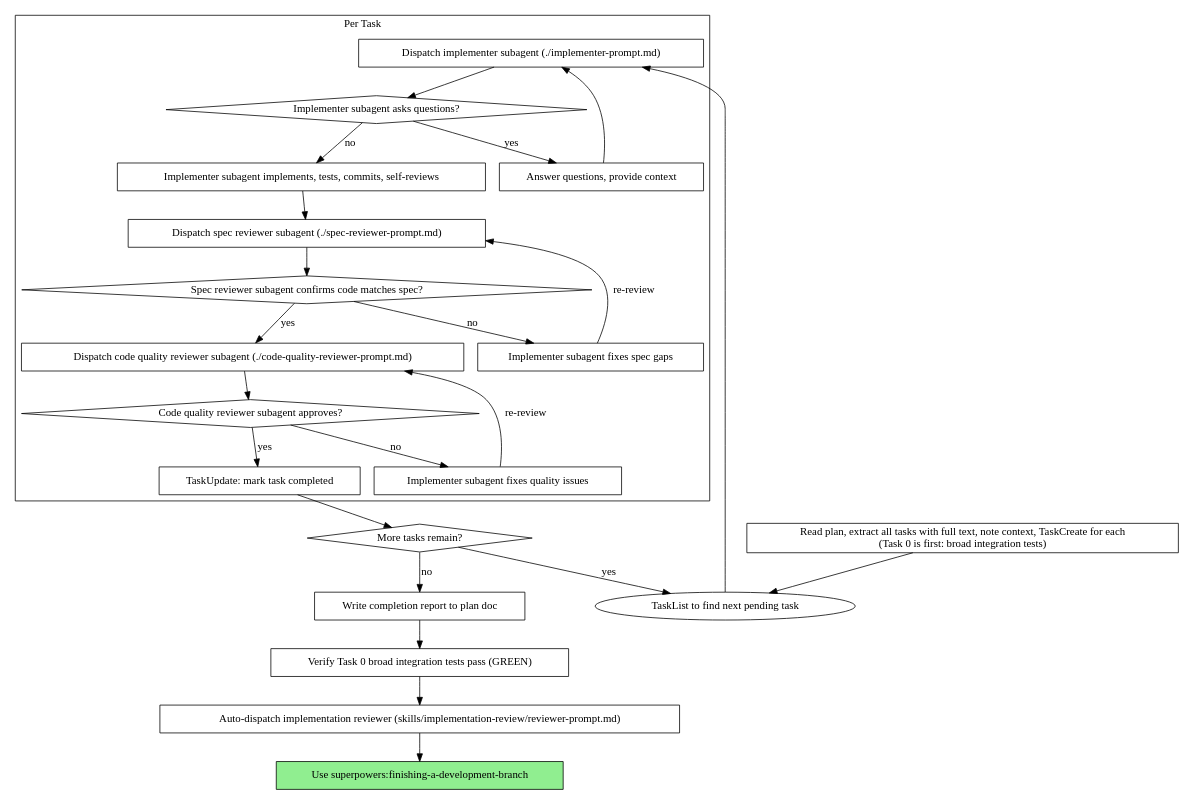
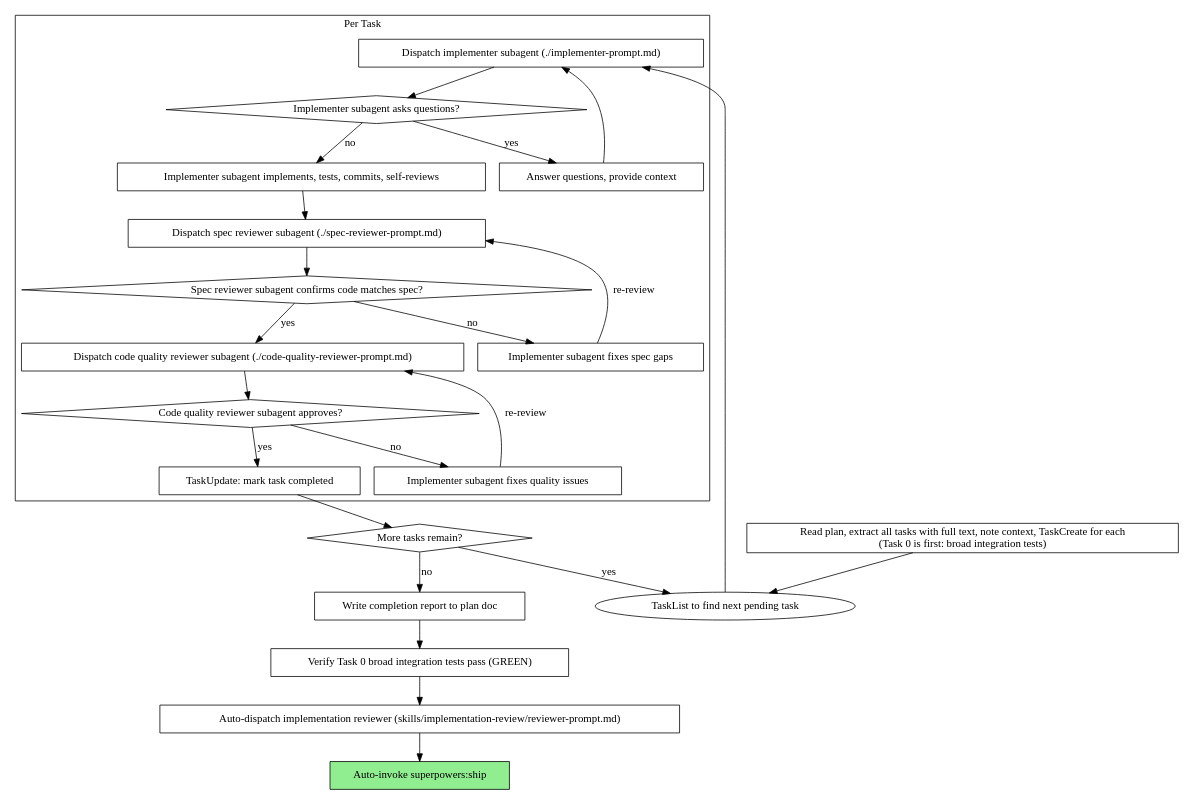
Before and after one commit to nikhilsitaram/claude-caliper: the second of 2 diagrams in skills/subagent-driven-development/SKILL.md, drawn with Graphviz. The commit also changed other lines of this file and 7 other files, not shown here.

First line of the commit message:
feat(skills): add ship/merge-pr, retire finishing-a-development-branch (#25)

````diff
--- a/skills/subagent-driven-development/SKILL.md
+++ b/skills/subagent-driven-development/SKILL.md
@@ -30,49 +30,49 @@
 ```dot
 digraph process {
     rankdir=TB;
 
     subgraph cluster_per_task {
         label="Per Task";
         "Dispatch implementer subagent (./implementer-prompt.md)" [shape=box];
         "Implementer subagent asks questions?" [shape=diamond];
         "Answer questions, provide context" [shape=box];
         "Implementer subagent implements, tests, commits, self-reviews" [shape=box];
         "Dispatch spec reviewer subagent (./spec-reviewer-prompt.md)" [shape=box];
         "Spec reviewer subagent confirms code matches spec?" [shape=diamond];
         "Implementer subagent fixes spec gaps" [shape=box];
         "Dispatch code quality reviewer subagent (./code-quality-reviewer-prompt.md)" [shape=box];
         "Code quality reviewer subagent approves?" [shape=diamond];
         "Implementer subagent fixes quality issues" [shape=box];
         "TaskUpdate: mark task completed" [shape=box];
     }
 
     "Read plan, extract all tasks with full text, note context, TaskCreate for each\n(Task 0 is first: broad integration tests)" [shape=box];
     "More tasks remain?" [shape=diamond];
     "Verify Task 0 broad integration tests pass (GREEN)" [shape=box];
     "Auto-dispatch implementation reviewer (skills/implementation-review/reviewer-prompt.md)" [shape=box];
-    "Use superpowers:finishing-a-development-branch" [shape=box style=filled fillcolor=lightgreen];
+    "Auto-invoke superpowers:ship" [shape=box style=filled fillcolor=lightgreen];
 
     "Read plan, extract all tasks with full text, note context, TaskCreate for each\n(Task 0 is first: broad integration tests)" -> "TaskList to find next pending task";
     "TaskList to find next pending task" -> "Dispatch implementer subagent (./implementer-prompt.md)";
     "Dispatch implementer subagent (./implementer-prompt.md)" -> "Implementer subagent asks questions?";
     "Implementer subagent asks questions?" -> "Answer questions, provide context" [label="yes"];
     "Answer questions, provide context" -> "Dispatch implementer subagent (./implementer-prompt.md)";
     "Implementer subagent asks questions?" -> "Implementer subagent implements, tests, commits, self-reviews" [label="no"];
     "Implementer subagent implements, tests, commits, self-reviews" -> "Dispatch spec reviewer subagent (./spec-reviewer-prompt.md)";
     "Dispatch spec reviewer subagent (./spec-reviewer-prompt.md)" -> "Spec reviewer subagent confirms code matches spec?";
     "Spec reviewer subagent confirms code matches spec?" -> "Implementer subagent fixes spec gaps" [label="no"];
     "Implementer subagent fixes spec gaps" -> "Dispatch spec reviewer subagent (./spec-reviewer-prompt.md)" [label="re-review"];
     "Spec reviewer subagent confirms code matches spec?" -> "Dispatch code quality reviewer subagent (./code-quality-reviewer-prompt.md)" [label="yes"];
     "Dispatch code quality reviewer subagent (./code-quality-reviewer-prompt.md)" -> "Code quality reviewer subagent approves?";
     "Code quality reviewer subagent approves?" -> "Implementer subagent fixes quality issues" [label="no"];
     "Implementer subagent fixes quality issues" -> "Dispatch code quality reviewer subagent (./code-quality-reviewer-prompt.md)" [label="re-review"];
     "Code quality reviewer subagent approves?" -> "TaskUpdate: mark task completed" [label="yes"];
     "TaskUpdate: mark task completed" -> "More tasks remain?";
     "More tasks remain?" -> "TaskList to find next pending task" [label="yes"];
     "Write completion report to plan doc" [shape=box];
     "More tasks remain?" -> "Write completion report to plan doc" [label="no"];
     "Write completion report to plan doc" -> "Verify Task 0 broad integration tests pass (GREEN)";
     "Verify Task 0 broad integration tests pass (GREEN)" -> "Auto-dispatch implementation reviewer (skills/implementation-review/reviewer-prompt.md)";
-    "Auto-dispatch implementation reviewer (skills/implementation-review/reviewer-prompt.md)" -> "Use superpowers:finishing-a-development-branch";
+    "Auto-dispatch implementation reviewer (skills/implementation-review/reviewer-prompt.md)" -> "Auto-invoke superpowers:ship";
 }
 ```
````
